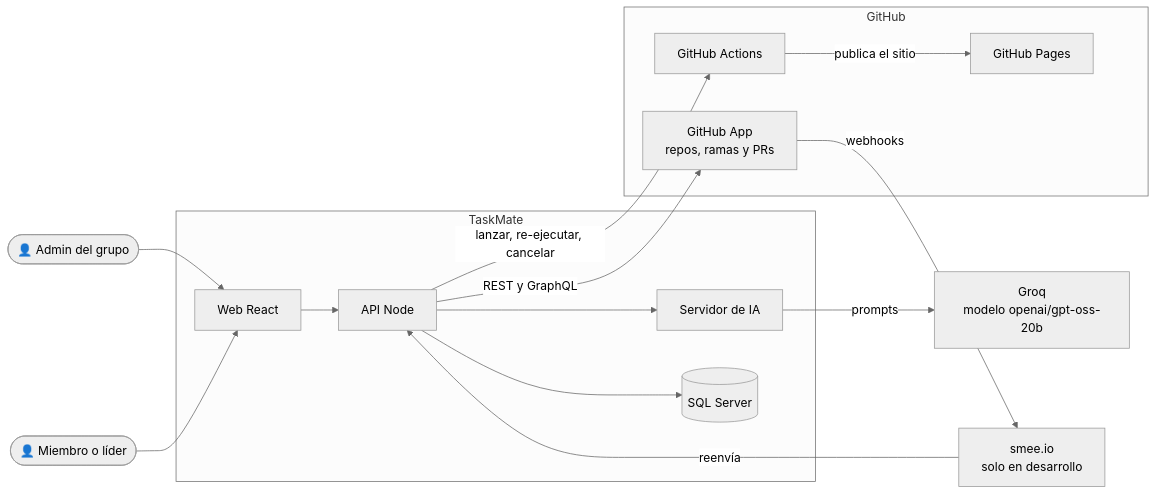
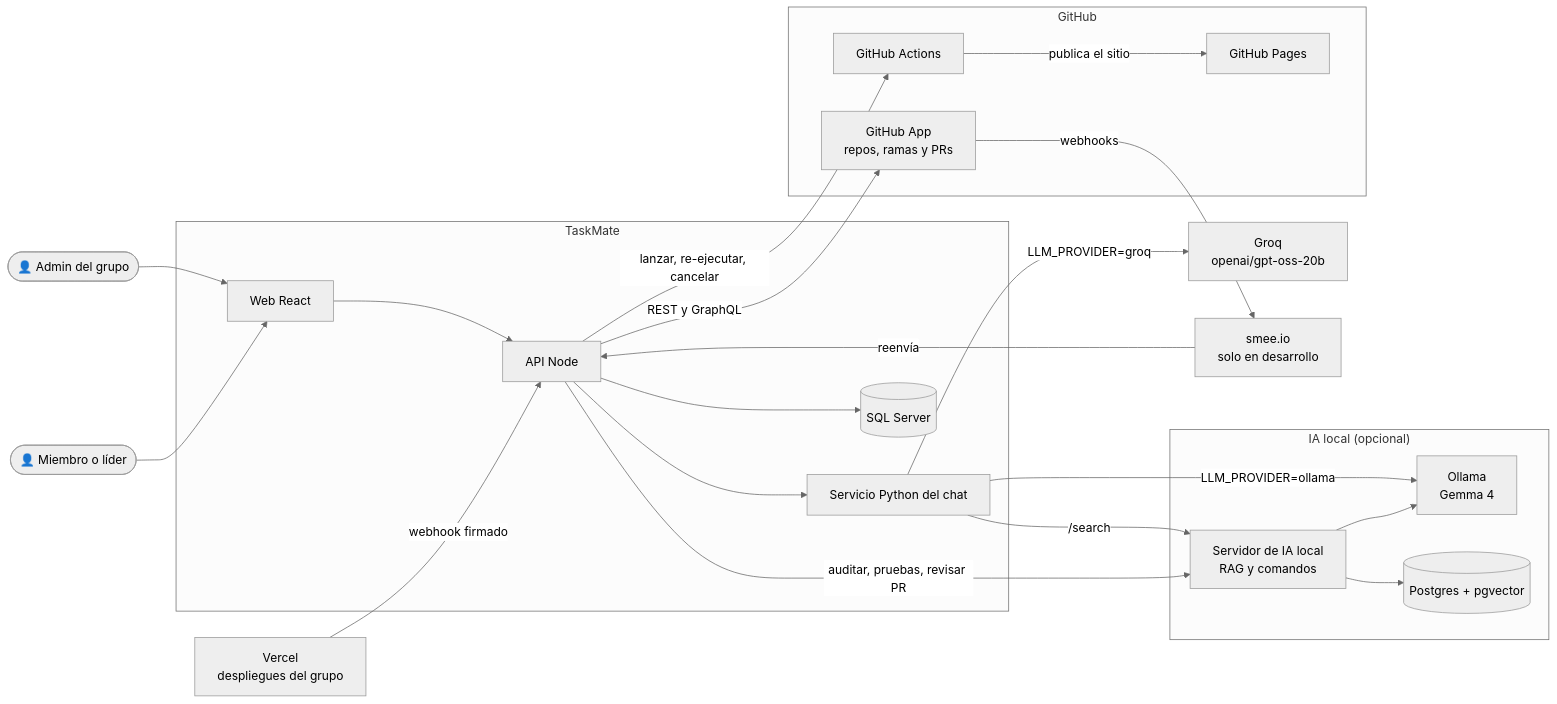
The diagram in documentacion/02-arquitectura/00-general.md (PabloP150/proyecto-is-cc6), drawn with Mermaid (neutral theme) before and after one commit. The commit also changed other lines of this file and 204 other files, not shown here.

First line of the commit message:
docs: update all documentation, diagrams and PNGs to the test/e2e state

````diff
--- a/documentacion/02-arquitectura/00-general.md
+++ b/documentacion/02-arquitectura/00-general.md
@@ -26,30 +32,42 @@
 ```mermaid
 flowchart LR
     admin(["👤 Admin del grupo"])
     miembro(["👤 Miembro o líder"])
     subgraph TM["TaskMate"]
         web["Web React"]
         api["API Node"]
-        ia["Servidor de IA"]
+        py["Servicio Python del chat"]
         db[("SQL Server")]
     end
-    groq["Groq<br/>modelo openai/gpt-oss-20b"]
+    subgraph IAL["IA local (opcional)"]
+        ais["Servidor de IA local<br/>RAG y comandos"]
+        ollama["Ollama<br/>Gemma 4"]
+        pg[("Postgres + pgvector")]
+    end
+    groq["Groq<br/>openai/gpt-oss-20b"]
     subgraph GH["GitHub"]
         app["GitHub App<br/>repos, ramas y PRs"]
         actions["GitHub Actions"]
         pages["GitHub Pages"]
     end
     smee["smee.io<br/>solo en desarrollo"]
+    vercel["Vercel<br/>despliegues del grupo"]
 
     admin --> web
     miembro --> web
     web --> api
-    api --> ia
+    api --> py
     api --> db
-    ia -->|"prompts"| groq
+    py -->|"LLM_PROVIDER=groq"| groq
+    py -->|"LLM_PROVIDER=ollama"| ollama
+    py -->|"/search"| ais
+    api -->|"auditar, pruebas, revisar PR"| ais
+    ais --> ollama
+    ais --> pg
     api -->|"REST y GraphQL"| app
     api -->|"lanzar, re-ejecutar, cancelar"| actions
     actions -->|"publica el sitio"| pages
     app -->|"webhooks"| smee
     smee -->|"reenvía"| api
+    vercel -->|"webhook firmado"| api
 ```
````
